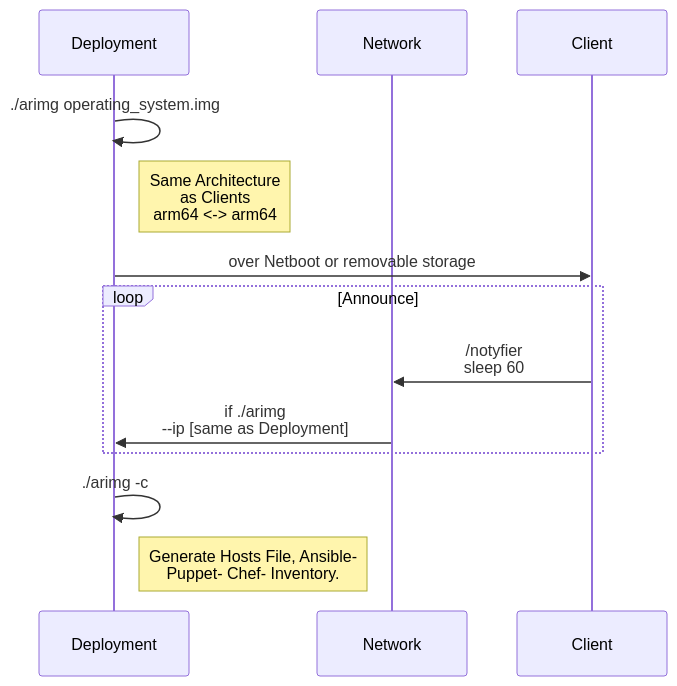
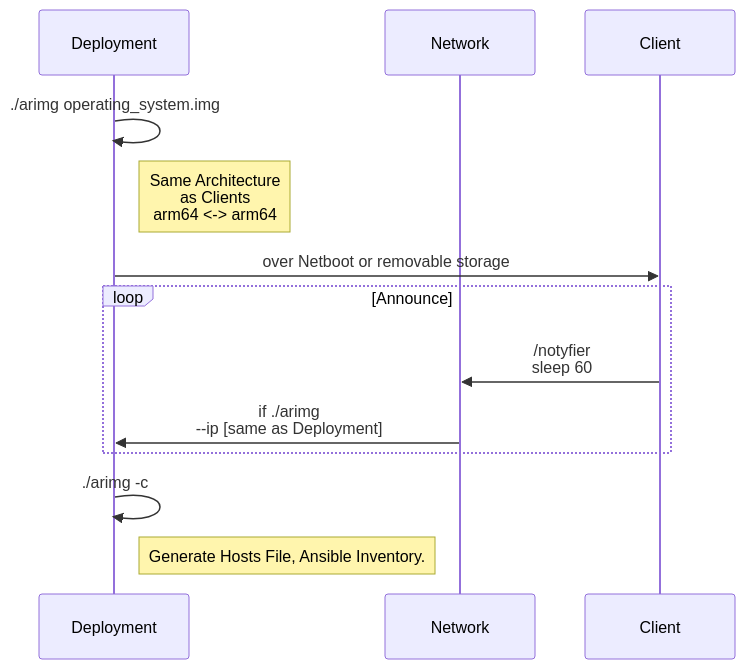
One commit to swaaws/ARiMg changed the second of 3 diagrams in chart.md. Above: the diagram before and after it, drawn with Mermaid. The commit also changed other lines of this file and 2 other files, not shown here.

Commit message:
remove unfinished features

````diff
--- a/chart.md
+++ b/chart.md
@@ -23,18 +21,18 @@
 ```mermaid
 sequenceDiagram
     participant Deployment
     participant Network
     participant Client    
 
     Deployment->>Deployment: ./arimg operating_system.img
 
     Note right of Deployment: Same Architecture <br/>as Clients<br/> arm64 <-> arm64
 
     Deployment->>Client: over Netboot or removable storage
     loop Announce
         Client->>Network: /notyfier <br/>sleep 60
         Network->>Deployment: if ./arimg <br/>--ip [same as Deployment]
     end
     Deployment->>Deployment: ./arimg -c
-    Note right of Deployment: Generate Hosts File, Ansible- <br/>Puppet- Chef- Inventory.
+    Note right of Deployment: Generate Hosts File, Ansible Inventory.
 ```
````
